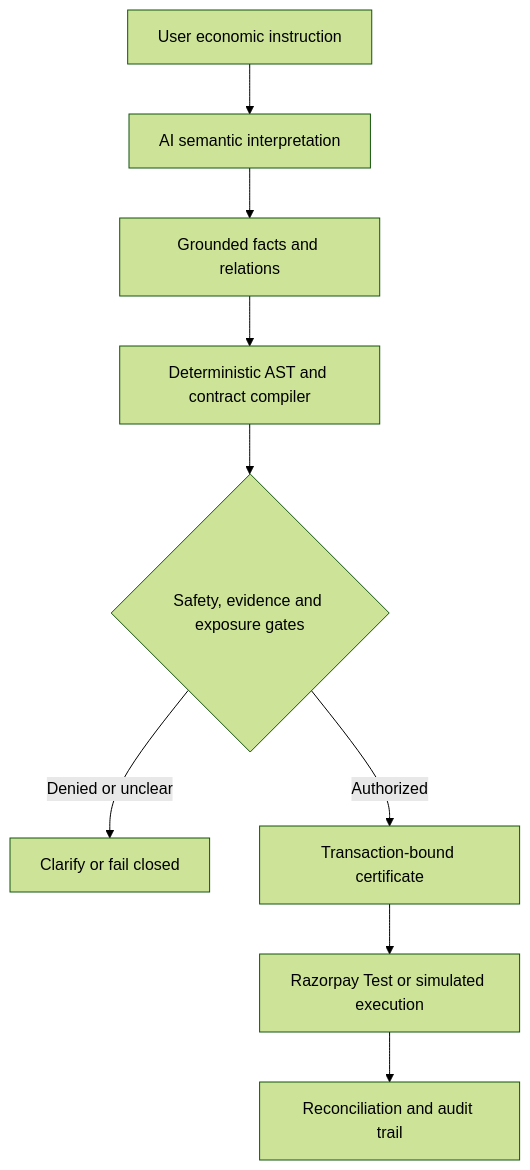
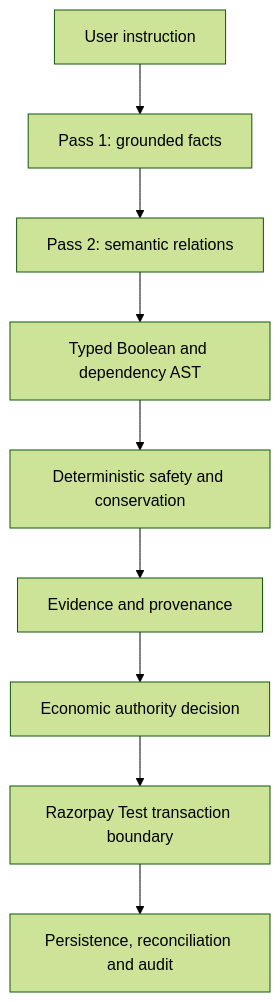
Before and after one commit to sasipriya1221/sasipriya1221-ECOCOMMIT: the diagram in README.md, drawn with Mermaid (forest theme). The commit also changed other lines of this file, not shown here.

````diff
--- a/README.md
+++ b/README.md
@@ -31,11 +37,11 @@
 ```mermaid
 flowchart TD
-    A["User economic instruction"] --> B["AI semantic interpretation"]
-    B --> C["Grounded facts and relations"]
-    C --> D["Deterministic AST and contract compiler"]
-    D --> E{"Safety, evidence and exposure gates"}
-    E -->|Denied or unclear| F["Clarify or fail closed"]
-    E -->|Authorized| G["Transaction-bound certificate"]
-    G --> H["Razorpay Test or simulated execution"]
-    H --> I["Reconciliation and audit trail"]
+    U["User instruction"] --> P1["Pass 1: grounded facts"]
+    P1 --> P2["Pass 2: semantic relations"]
+    P2 --> AST["Typed Boolean and dependency AST"]
+    AST --> S["Deterministic safety and conservation"]
+    S --> E["Evidence and provenance"]
+    E --> A["Economic authority decision"]
+    A --> T["Razorpay Test transaction boundary"]
+    T --> R["Persistence, reconciliation and audit"]
 ```
````
